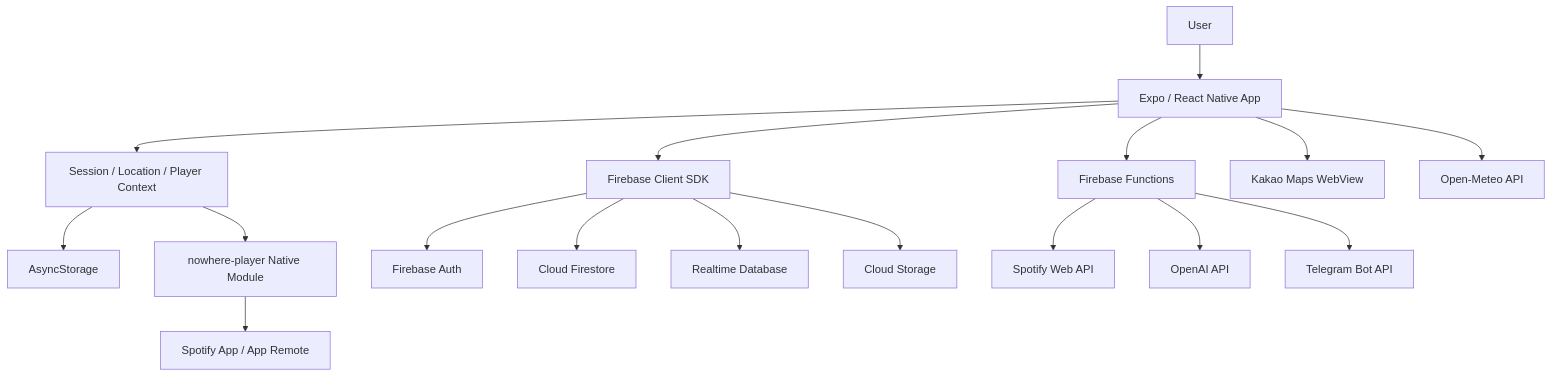
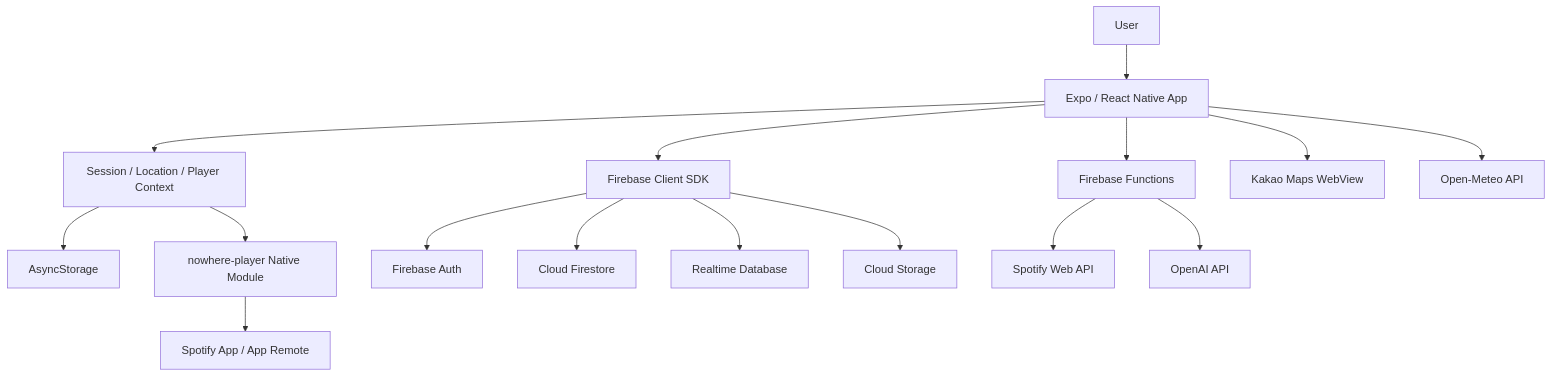
The second of 2 diagrams in README.md (0si0/NOWHERE), drawn with Mermaid before and after one commit. The commit also changed other lines of this file, not shown here.

````diff
--- a/README.md
+++ b/README.md
@@ -187,19 +170,18 @@
 ```mermaid
 flowchart TD
   User["User"] --> App["Expo / React Native App"]
   App --> Contexts["Session / Location / Player Context"]
   Contexts --> Cache["AsyncStorage"]
   Contexts --> Native["nowhere-player Native Module"]
   Native --> SpotifyApp["Spotify App / App Remote"]
   App --> FirebaseSDK["Firebase Client SDK"]
   FirebaseSDK --> Auth["Firebase Auth"]
   FirebaseSDK --> Firestore["Cloud Firestore"]
   FirebaseSDK --> RTDB["Realtime Database"]
   FirebaseSDK --> Storage["Cloud Storage"]
   App --> Functions["Firebase Functions"]
   Functions --> SpotifyAPI["Spotify Web API"]
   Functions --> OpenAI["OpenAI API"]
-  Functions --> Telegram["Telegram Bot API"]
   App --> Kakao["Kakao Maps WebView"]
   App --> Weather["Open-Meteo API"]
 ```
````
